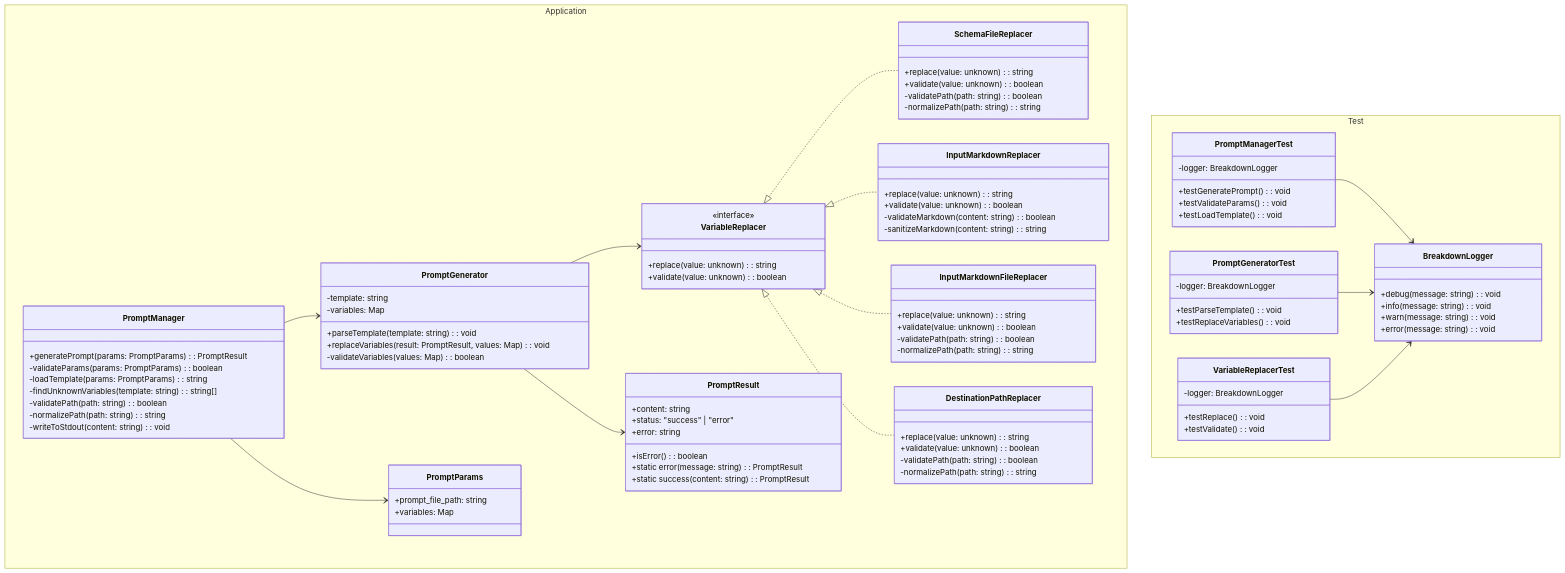
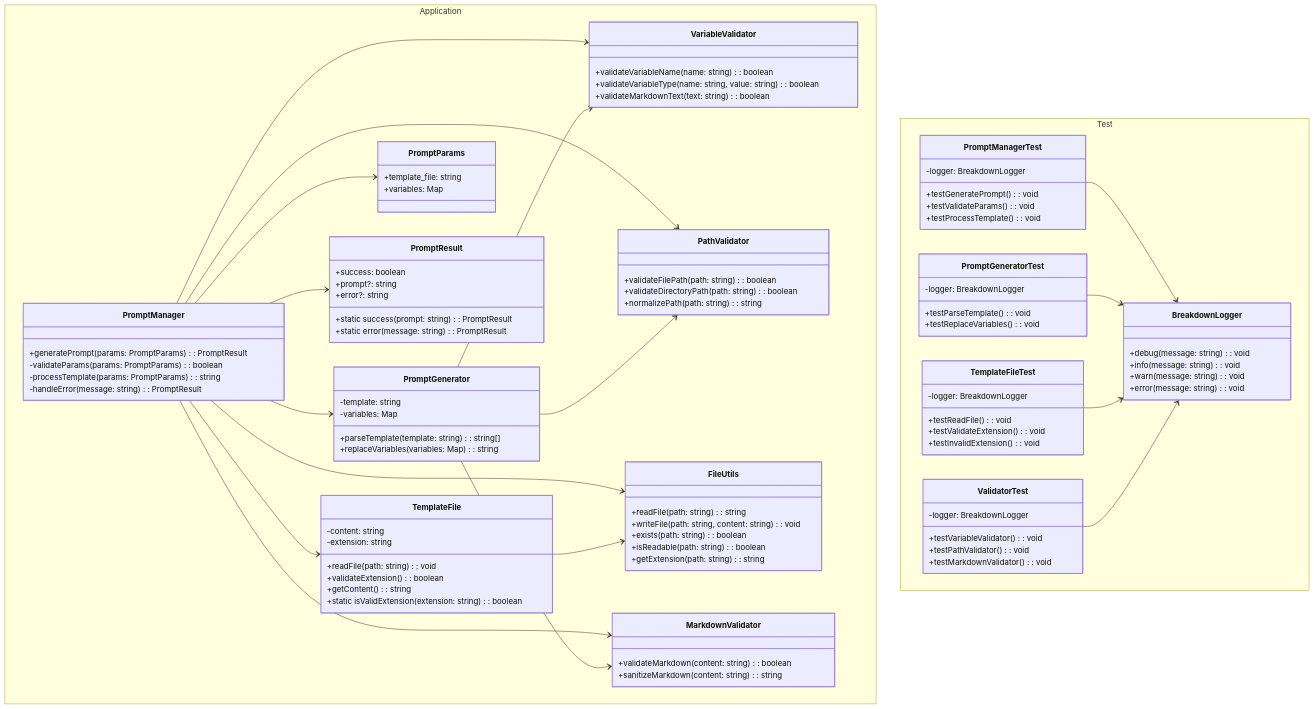
Before and after one commit to tettuan/breakdownprompt: the diagram in docs/uml/class.md, drawn with Mermaid. The commit also changed 12 other files, not shown here.

Commit message:
docs: update documentation for template file processing and sequence diagrams

````diff
--- a/docs/uml/class.md
+++ b/docs/uml/class.md
@@ -4,67 +4,62 @@
         class PromptManager {
             +generatePrompt(params: PromptParams): PromptResult
             -validateParams(params: PromptParams): boolean
-            -loadTemplate(params: PromptParams): string
-            -findUnknownVariables(template: string): string[]
-            -validatePath(path: string): boolean
-            -normalizePath(path: string): string
-            -writeToStdout(content: string): void
+            -processTemplate(params: PromptParams): string
+            -handleError(message: string): PromptResult
         }
 
         class PromptGenerator {
             -template: string
-            -variables: Map<string, VariableReplacer>
-            +parseTemplate(template: string): void
-            +replaceVariables(result: PromptResult, values: Map<string, unknown>): void
-            -validateVariables(values: Map<string, unknown>): boolean
+            -variables: Map<string, string>
+            +parseTemplate(template: string): string[]
+            +replaceVariables(variables: Map<string, string>): string
         }
 
-        class VariableReplacer {
-            <<interface>>
-            +replace(value: unknown): string
-            +validate(value: unknown): boolean
+        class TemplateFile {
+            -content: string
+            -extension: string
+            +readFile(path: string): void
+            +validateExtension(): boolean
+            +getContent(): string
+            +static isValidExtension(extension: string): boolean
         }
 
-        class SchemaFileReplacer {
-            +replace(value: unknown): string
-            +validate(value: unknown): boolean
-            -validatePath(path: string): boolean
-            -normalizePath(path: string): string
+        class VariableValidator {
+            +validateVariableName(name: string): boolean
+            +validateVariableType(name: string, value: string): boolean
+            +validateMarkdownText(text: string): boolean
         }
 
-        class InputMarkdownReplacer {
-            +replace(value: unknown): string
-            +validate(value: unknown): boolean
-            -validateMarkdown(content: string): boolean
-            -sanitizeMarkdown(content: string): string
+        class PathValidator {
+            +validateFilePath(path: string): boolean
+            +validateDirectoryPath(path: string): boolean
+            +normalizePath(path: string): string
         }
 
-        class InputMarkdownFileReplacer {
-            +replace(value: unknown): string
-            +validate(value: unknown): boolean
-            -validatePath(path: string): boolean
-            -normalizePath(path: string): string
+        class FileUtils {
+            +readFile(path: string): string
+            +writeFile(path: string, content: string): void
+            +exists(path: string): boolean
+            +isReadable(path: string): boolean
+            +getExtension(path: string): string
         }
 
-        class DestinationPathReplacer {
-            +replace(value: unknown): string
-            +validate(value: unknown): boolean
-            -validatePath(path: string): boolean
-            -normalizePath(path: string): string
+        class MarkdownValidator {
+            +validateMarkdown(content: string): boolean
+            +sanitizeMarkdown(content: string): string
         }
 
         class PromptParams {
-            +prompt_file_path: string
-            +variables: Map<string, unknown>
+            +template_file: string
+            +variables: Map<string, string>
         }
 
         class PromptResult {
-            +content: string
-            +status: "success" | "error"
-            +error: string
-            +isError(): boolean
+            +success: boolean
+            +prompt?: string
+            +error?: string
+            +static success(prompt: string): PromptResult
             +static error(message: string): PromptResult
-            +static success(content: string): PromptResult
         }
     }
 
@@ -80,7 +75,7 @@
             -logger: BreakdownLogger
             +testGeneratePrompt(): void
             +testValidateParams(): void
-            +testLoadTemplate(): void
+            +testProcessTemplate(): void
         }
 
         class PromptGeneratorTest {
@@ -89,23 +84,38 @@
             +testReplaceVariables(): void
         }
 
-        class VariableReplacerTest {
+        class TemplateFileTest {
             -logger: BreakdownLogger
-            +testReplace(): void
-            +testValidate(): void
+            +testReadFile(): void
+            +testValidateExtension(): void
+            +testInvalidExtension(): void
+        }
+
+        class ValidatorTest {
+            -logger: BreakdownLogger
+            +testVariableValidator(): void
+            +testPathValidator(): void
+            +testMarkdownValidator(): void
         }
     }
 
     PromptManager --> PromptGenerator
-    PromptGenerator --> VariableReplacer
-    VariableReplacer <|.. SchemaFileReplacer
-    VariableReplacer <|.. InputMarkdownReplacer
-    VariableReplacer <|.. InputMarkdownFileReplacer
-    VariableReplacer <|.. DestinationPathReplacer
+    PromptManager --> TemplateFile
+    PromptManager --> VariableValidator
+    PromptManager --> PathValidator
+    PromptManager --> FileUtils
+    PromptManager --> MarkdownValidator
     PromptManager --> PromptParams
-    PromptGenerator --> PromptResult
+    PromptManager --> PromptResult
+
+    PromptGenerator --> VariableValidator
+    PromptGenerator --> PathValidator
+    PromptGenerator --> MarkdownValidator
+
+    TemplateFile --> FileUtils
 
     PromptManagerTest --> BreakdownLogger
     PromptGeneratorTest --> BreakdownLogger
-    VariableReplacerTest --> BreakdownLogger
+    TemplateFileTest --> BreakdownLogger
+    ValidatorTest --> BreakdownLogger
 ```
````
